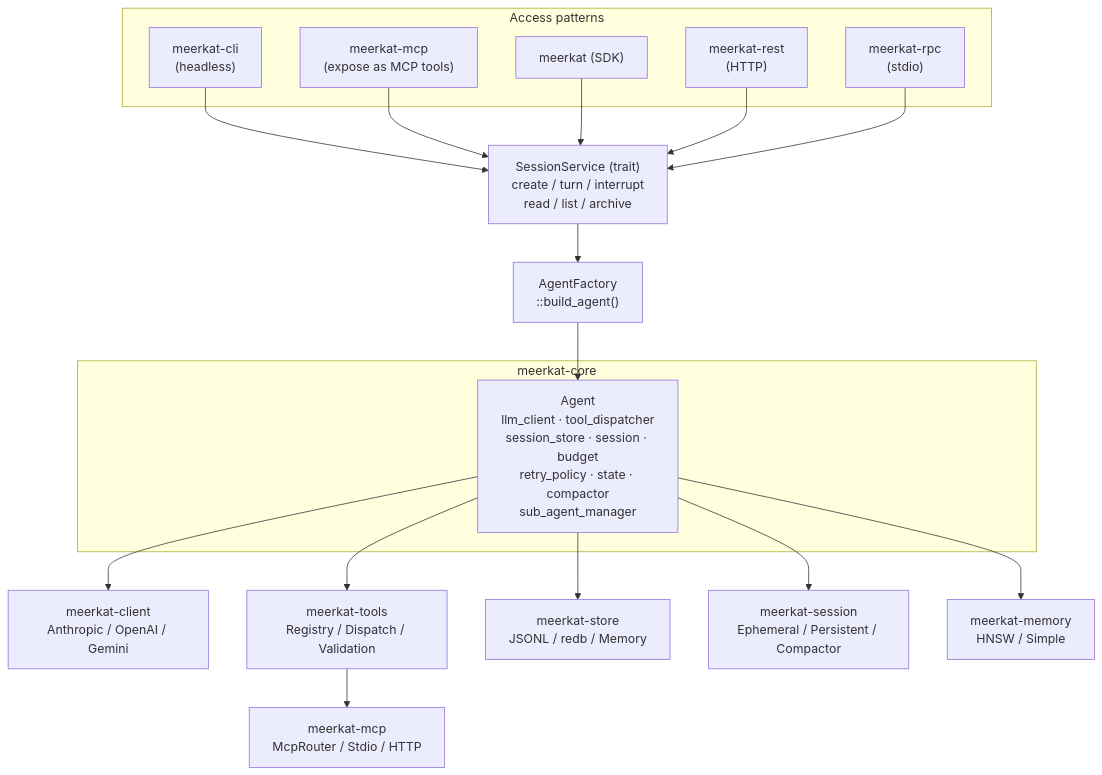
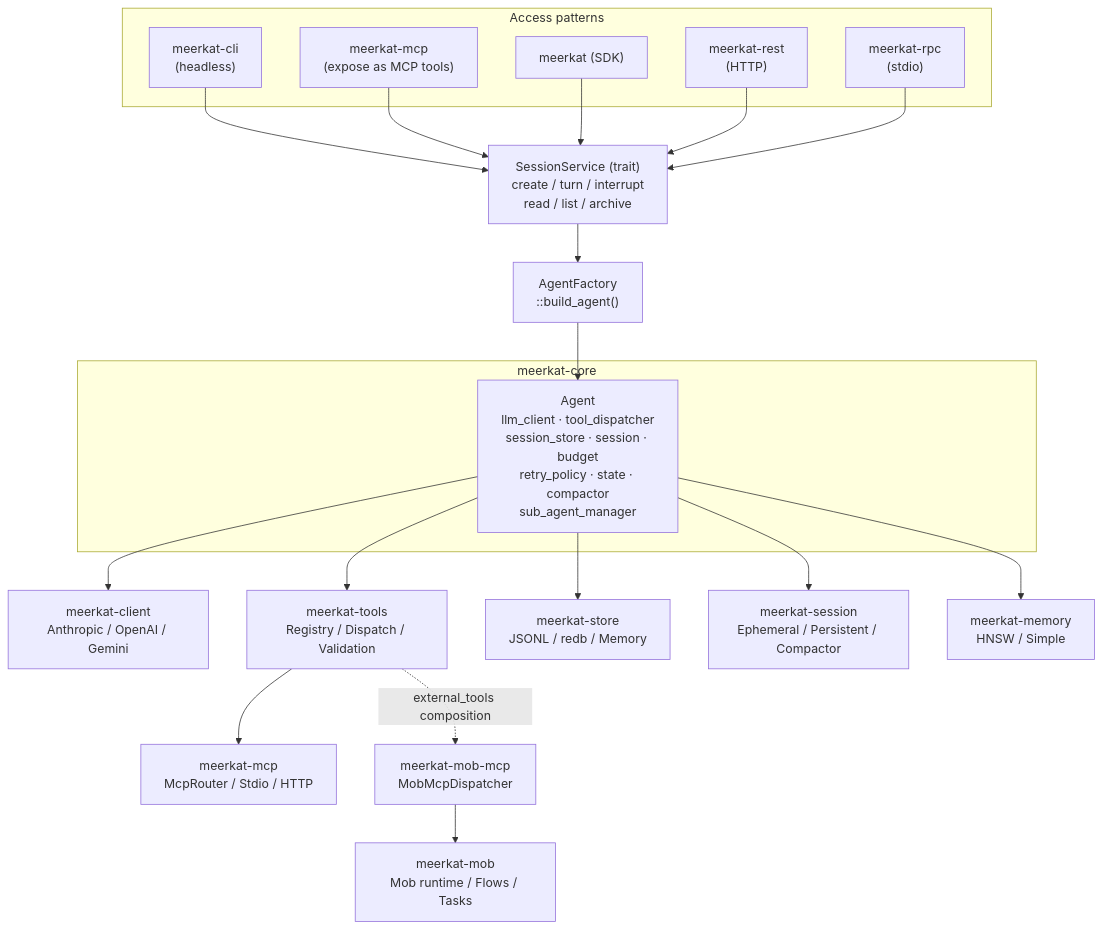
The second of 4 diagrams in docs/reference/architecture.mdx (lukacf/meerkat), drawn with Mermaid before and after one commit. The commit also changed other lines of this file and 19 other files, not shown here.

````diff
--- a/docs/reference/architecture.mdx
+++ b/docs/reference/architecture.mdx
@@ -75,40 +80,44 @@
 ```mermaid
 graph TD
     subgraph surfaces["Access patterns"]
         CLI["meerkat-cli<br/>(headless)"]
         MCPS["meerkat-mcp<br/>(expose as MCP tools)"]
         SDK["meerkat (SDK)"]
         REST["meerkat-rest<br/>(HTTP)"]
         RPC["meerkat-rpc<br/>(stdio)"]
     end
 
     SS["SessionService (trait)<br/>create / turn / interrupt<br/>read / list / archive"]
     AF["AgentFactory<br/>::build_agent()"]
 
     CLI --> SS
     MCPS --> SS
     SDK --> SS
     REST --> SS
     RPC --> SS
     SS --> AF
 
     subgraph core["meerkat-core"]
         AGENT["Agent<br/>llm_client · tool_dispatcher<br/>session_store · session · budget<br/>retry_policy · state · compactor<br/>sub_agent_manager"]
     end
 
     AF --> AGENT
 
     CLIENT["meerkat-client<br/>Anthropic / OpenAI / Gemini"]
     TOOLS["meerkat-tools<br/>Registry / Dispatch / Validation"]
     STORE["meerkat-store<br/>JSONL / redb / Memory"]
     SESSION["meerkat-session<br/>Ephemeral / Persistent / Compactor"]
     MEMORY["meerkat-memory<br/>HNSW / Simple"]
     MCP["meerkat-mcp<br/>McpRouter / Stdio / HTTP"]
+    MOB["meerkat-mob<br/>Mob runtime / Flows / Tasks"]
+    MOBMCP["meerkat-mob-mcp<br/>MobMcpDispatcher"]
 
     AGENT --> CLIENT
     AGENT --> TOOLS
     AGENT --> STORE
     AGENT --> SESSION
     AGENT --> MEMORY
     TOOLS --> MCP
+    MOBMCP --> MOB
+    TOOLS -.->|external_tools composition| MOBMCP
 ```
````
